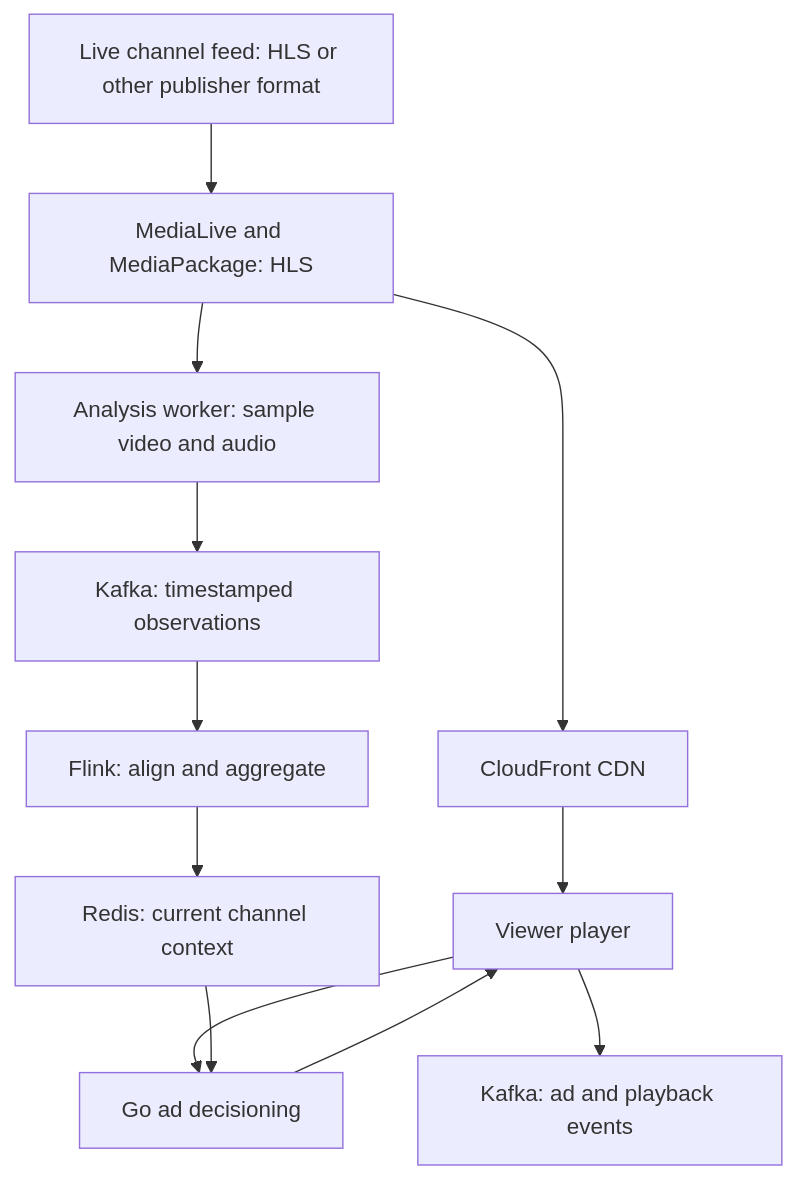
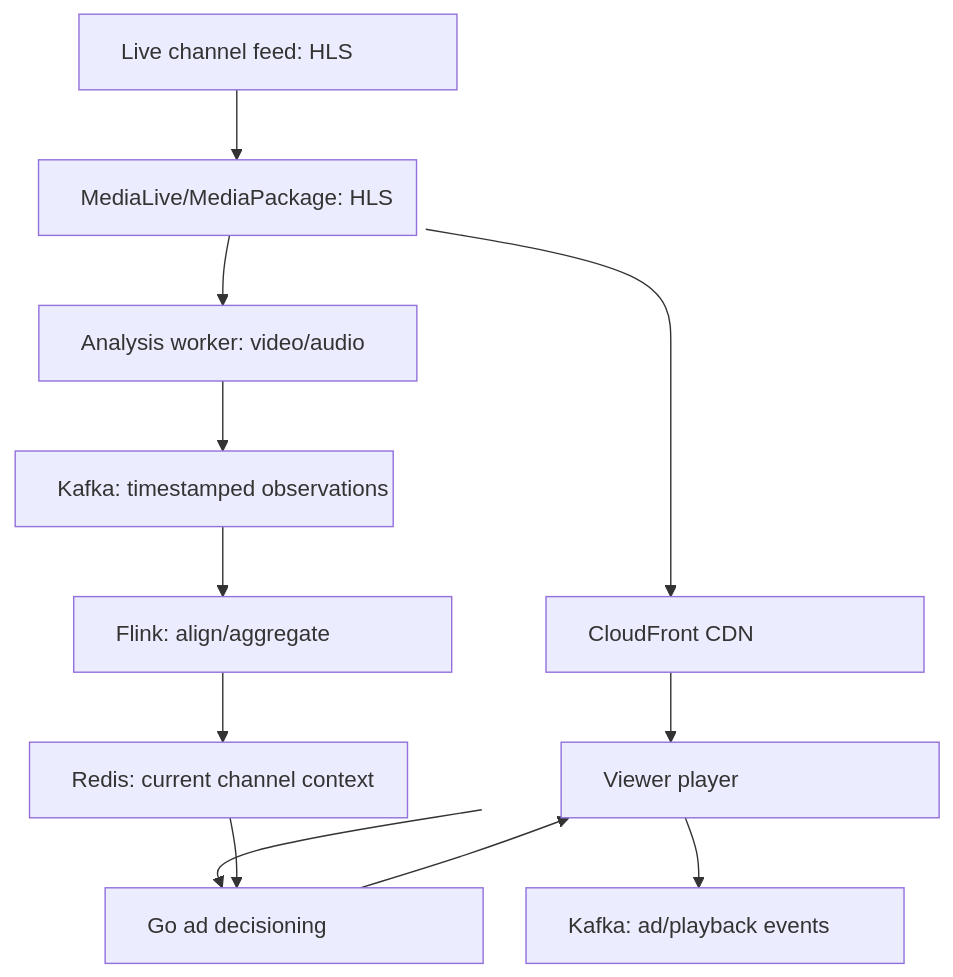
Before and after one commit to rayning0/scenebid: the third of 3 diagrams in README.md, drawn with Mermaid. The commit also changed other lines of this file, not shown here.

Commit message:
Make flowchart rectangles wider. Couldn't see text fully in architecture diagrams.

````diff
--- a/README.md
+++ b/README.md
@@ -377,14 +383,17 @@
 ```mermaid
+%%{init: {"flowchart": {"wrappingWidth": 270}}}%%
 flowchart TD
-    L["Live channel feed: HLS or other publisher format"] --> M["MediaLive and MediaPackage: HLS"]
+    classDef wide width:270px;
+    L["Live channel feed: HLS"] --> M["MediaLive/MediaPackage: HLS"]
     M --> N["CloudFront CDN"]
-    M --> X["Analysis worker: sample video and audio"]
+    M --> X["Analysis worker: video/audio"]
     X --> K["Kafka: timestamped observations"]
-    K --> F["Flink: align and aggregate"]
+    K --> F["Flink: align/aggregate"]
     F --> R["Redis: current channel context"]
     N --> P["Viewer player"]
     P --> A["Go ad decisioning"]
     R --> A
     A --> P
-    P --> E["Kafka: ad and playback events"]
+    P --> E["Kafka: ad/playback events"]
+    class L,M,N,X,K,F,R,P,A,E wide
 ```
````
